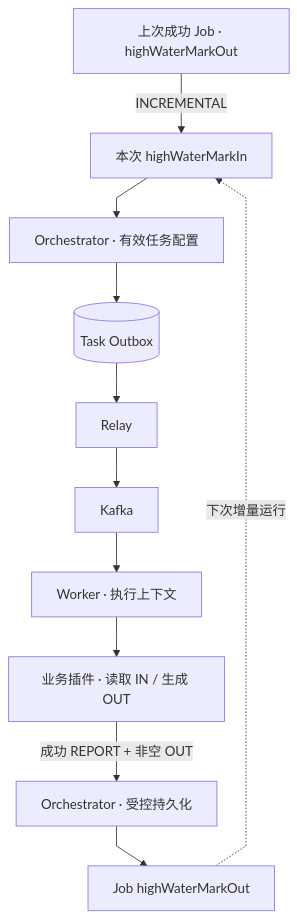
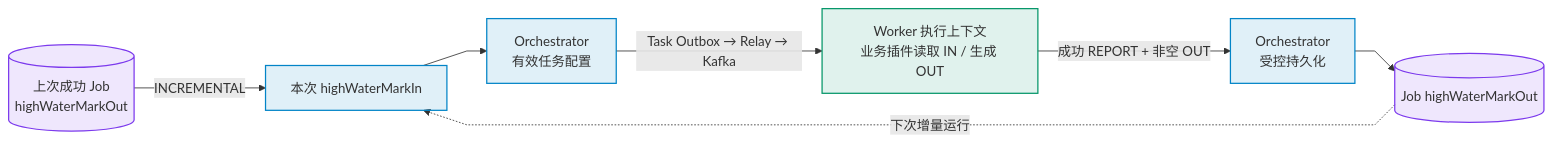
One commit to pinpols/file-batch-system changed diagram 22 of 23 in docs/architecture/system-flow-overview.md. Above: the diagram before and after it, drawn with Mermaid. The commit also changed other lines of this file and 11 other files, not shown here.

First line of the commit message:
docs(diagram): P2 文档图按图例统一并按源码核对状态机 (#1383)

````diff
--- a/docs/architecture/system-flow-overview.md
+++ b/docs/architecture/system-flow-overview.md
@@ -821,12 +869,17 @@
 ```mermaid
 %%{init: {"flowchart":{"curve":"linear","nodeSpacing":32,"rankSpacing":48},"sequence":{"mirrorActors":false}}}%%
-flowchart TB
-  PREV["上次成功 Job · highWaterMarkOut"] -->|"INCREMENTAL"| IN["本次 highWaterMarkIn"]
-  IN --> O["Orchestrator · 有效任务配置"]
-  O --> TX[("Task Outbox")]
-  TX --> R["Relay"] --> K["Kafka"] --> W["Worker · 执行上下文"]
-  W --> B["业务插件 · 读取 IN / 生成 OUT"]
-  B -->|"成功 REPORT + 非空 OUT"| O2["Orchestrator · 受控持久化"]
-  O2 --> NEXT["Job highWaterMarkOut"]
+flowchart LR
+  PREV[("上次成功 Job<br/>highWaterMarkOut")]:::store -->|"INCREMENTAL"| IN["本次 highWaterMarkIn"]:::control
+  IN --> O["Orchestrator<br/>有效任务配置"]:::control
+  O -->|"Task Outbox → Relay → Kafka"| W["Worker 执行上下文<br/>业务插件读取 IN / 生成 OUT"]:::worker
+  W -->|"成功 REPORT + 非空 OUT"| O2["Orchestrator<br/>受控持久化"]:::control
+  O2 --> NEXT[("Job highWaterMarkOut")]:::store
   NEXT -. "下次增量运行" .-> IN
+  classDef entry fill:#6366f11f,stroke:#6366f1,stroke-width:1.5px
+  classDef control fill:#0284c71f,stroke:#0284c7,stroke-width:1.5px
+  classDef mq fill:#d977061f,stroke:#d97706,stroke-width:1.5px
+  classDef worker fill:#0596691f,stroke:#059669,stroke-width:1.5px
+  classDef store fill:#7c3aed1f,stroke:#7c3aed,stroke-width:1.5px
+  classDef ext fill:#64748b14,stroke:#64748b,stroke-width:1.2px,stroke-dasharray:4 3
+  classDef lib fill:#64748b14,stroke:#64748b,stroke-width:1.2px
 ```
````
